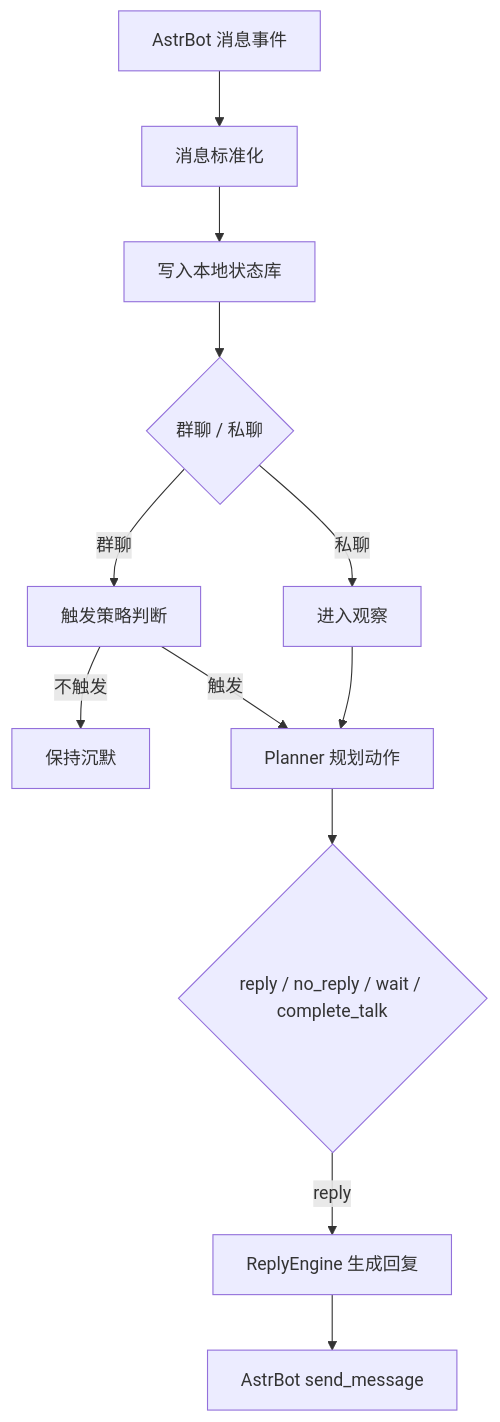
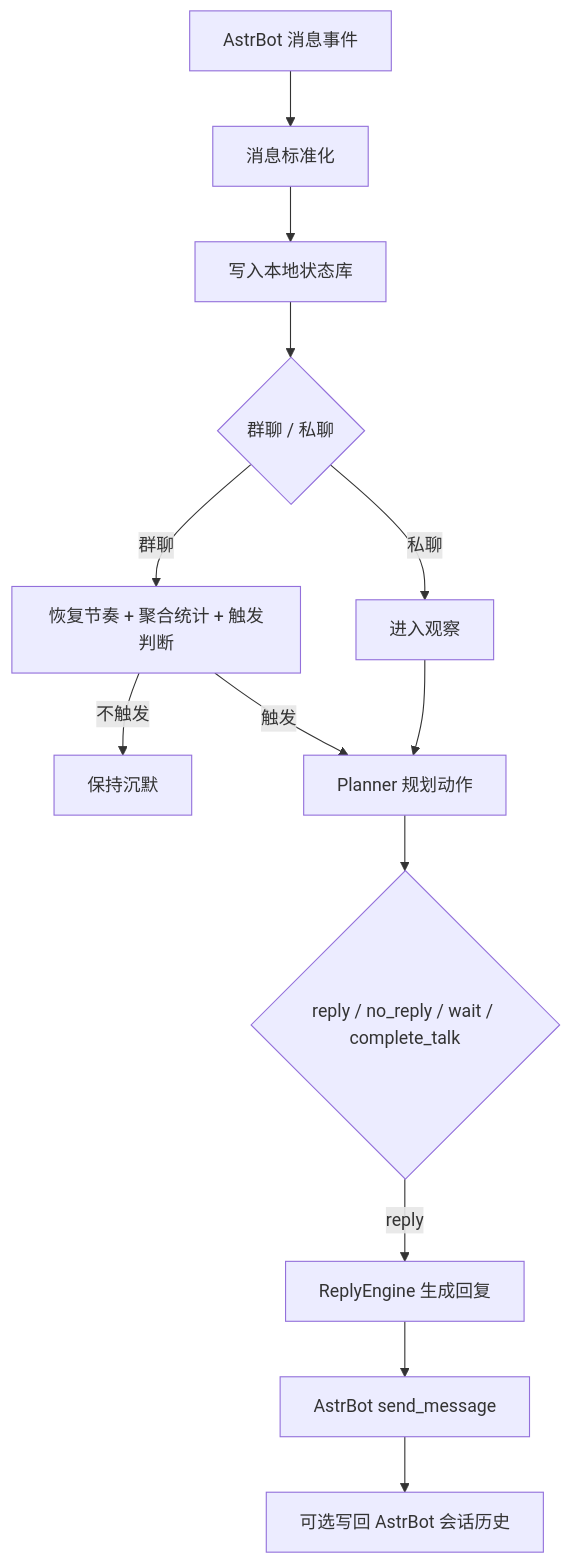
Before and after one commit to AgIzT/AstrBot_plugin_proactive: the diagram in README.md, drawn with Mermaid. The commit also changed other lines of this file and 9 other files, not shown here.

````diff
--- a/README.md
+++ b/README.md
@@ -41,14 +53,15 @@
 ```mermaid
 flowchart TD
     A["AstrBot 消息事件"] --> B["消息标准化"]
     B --> C["写入本地状态库"]
     C --> D{"群聊 / 私聊"}
-    D -->|群聊| E["触发策略判断"]
+    D -->|群聊| E["恢复节奏 + 聚合统计 + 触发判断"]
     D -->|私聊| F["进入观察"]
     E -->|不触发| G["保持沉默"]
     E -->|触发| H["Planner 规划动作"]
     F --> H
     H --> I{"reply / no_reply / wait / complete_talk"}
     I -->|reply| J["ReplyEngine 生成回复"]
     J --> K["AstrBot send_message"]
+    K --> L["可选写回 AstrBot 会话历史"]
 ```
````
